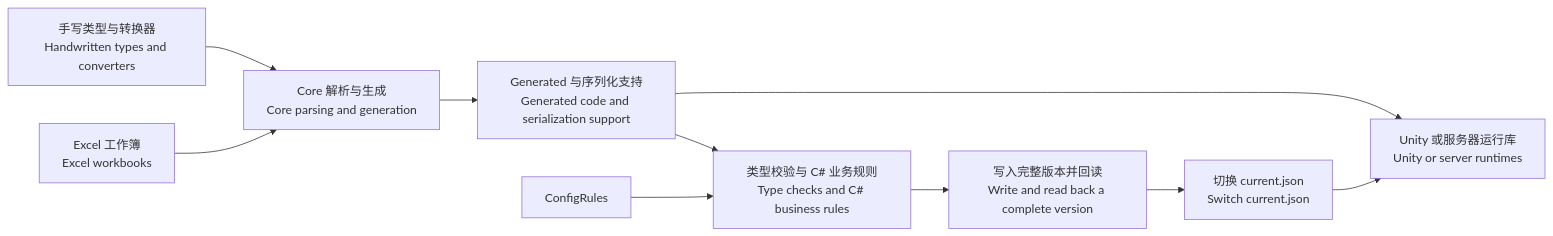
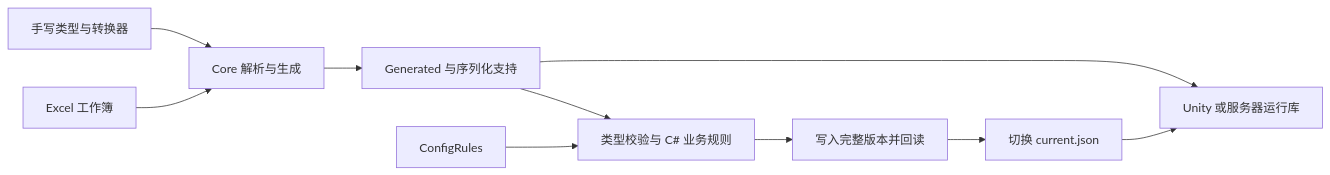
One commit to zhanglinshuia-code/ZrConfig changed the diagram in docs/development.md. Above: the diagram before and after it, drawn with Mermaid. The commit also changed other lines of this file and 34 other files, not shown here.

````diff
--- a/docs/development.md
+++ b/docs/development.md
@@ -47,12 +33,12 @@
 ```mermaid
 flowchart LR
-    Excel[Excel 工作簿<br/>Excel workbooks] --> Core[Core 解析与生成<br/>Core parsing and generation]
-    Types[手写类型与转换器<br/>Handwritten types and converters] --> Core
-    Core --> Code[Generated 与序列化支持<br/>Generated code and serialization support]
-    Code --> Validate[类型校验与 C# 业务规则<br/>Type checks and C# business rules]
+    Excel[Excel 工作簿] --> Core[Core 解析与生成]
+    Types[手写类型与转换器] --> Core
+    Core --> Code[Generated 与序列化支持]
+    Code --> Validate[类型校验与 C# 业务规则]
     Rules[ConfigRules] --> Validate
-    Validate --> Publish[写入完整版本并回读<br/>Write and read back a complete version]
-    Publish --> Manifest[切换 current.json<br/>Switch current.json]
-    Manifest --> Runtime[Unity 或服务器运行库<br/>Unity or server runtimes]
+    Validate --> Publish[写入完整版本并回读]
+    Publish --> Manifest[切换 current.json]
+    Manifest --> Runtime[Unity 或服务器运行库]
     Code --> Runtime
 ```
````
